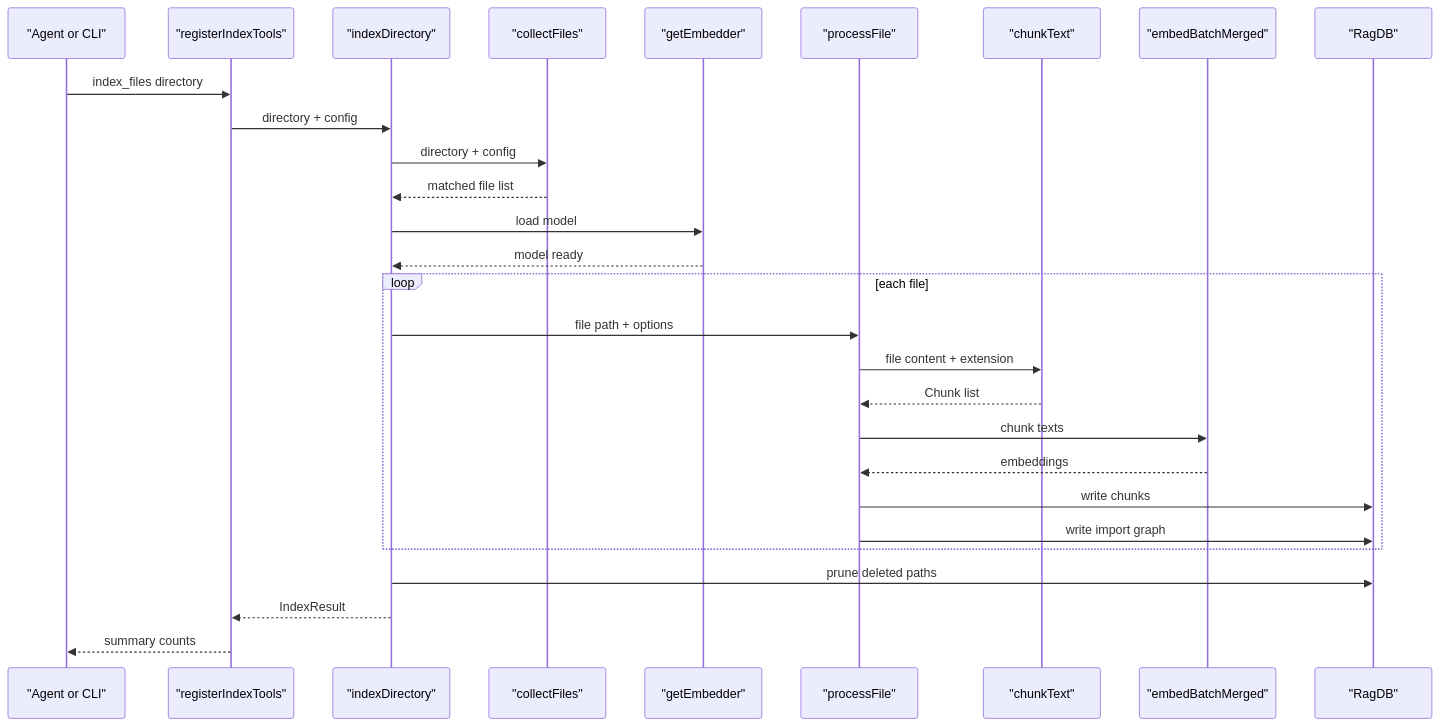
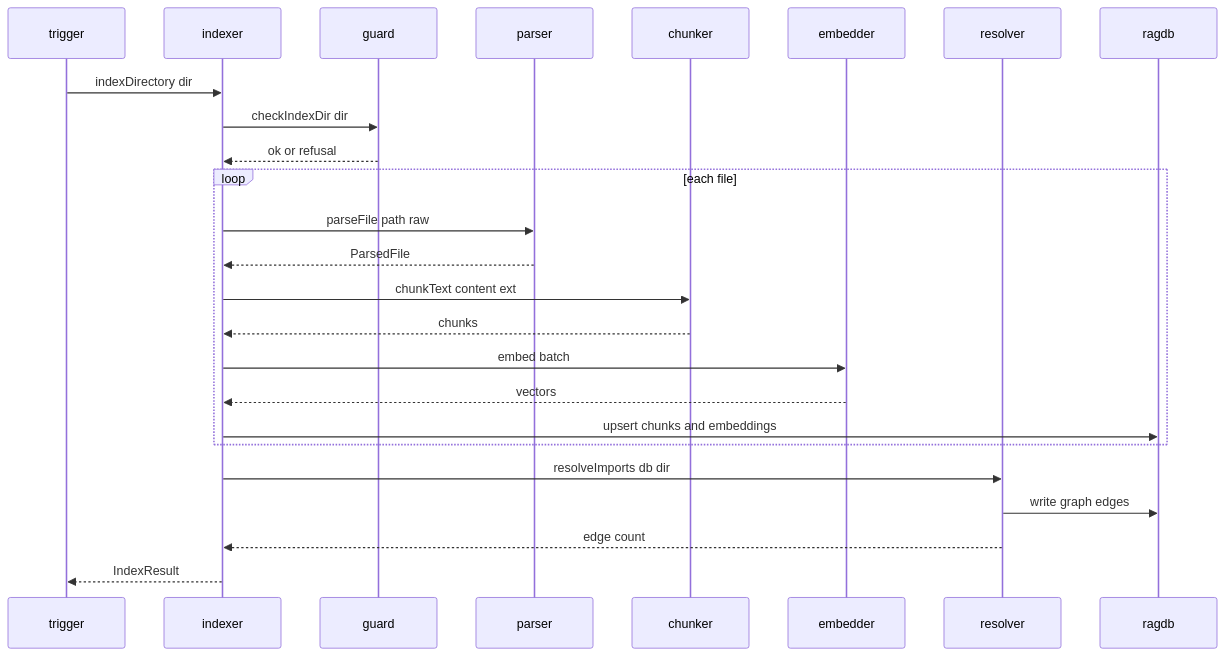
Before and after one commit to TheWinci/mimirs: the second of 3 diagrams in wiki/data-flows.md, drawn with Mermaid. The commit also changed other lines of this file and 36 other files, not shown here.

````diff
--- a/wiki/data-flows.md
+++ b/wiki/data-flows.md
@@ -56,31 +57,27 @@
 ```mermaid
 sequenceDiagram
-    participant caller as "Agent or CLI"
-    participant indexTool as "registerIndexTools"
-    participant dirFn as "indexDirectory"
-    participant collectFn as "collectFiles"
-    participant embedder as "getEmbedder"
-    participant procFn as "processFile"
-    participant chunker as "chunkText"
-    participant embedBatch as "embedBatchMerged"
-    participant ragDB as "RagDB"
-
-    caller->>indexTool: index_files directory
-    indexTool->>dirFn: directory + config
-    dirFn->>collectFn: directory + config
-    collectFn-->>dirFn: matched file list
-    dirFn->>embedder: load model
-    embedder-->>dirFn: model ready
-    loop each file
-        dirFn->>procFn: file path + options
-        procFn->>chunker: file content + extension
-        chunker-->>procFn: Chunk list
-        procFn->>embedBatch: chunk texts
-        embedBatch-->>procFn: embeddings
-        procFn->>ragDB: write chunks
-        procFn->>ragDB: write import graph
-    end
-    dirFn->>ragDB: prune deleted paths
-    dirFn-->>indexTool: IndexResult
-    indexTool-->>caller: summary counts
+  participant trigger
+  participant indexer
+  participant guard
+  participant parser
+  participant chunker
+  participant embedder
+  participant resolver
+  participant ragdb
+  trigger->>indexer: indexDirectory dir
+  indexer->>guard: checkIndexDir dir
+  guard-->>indexer: ok or refusal
+  loop each file
+    indexer->>parser: parseFile path raw
+    parser-->>indexer: ParsedFile
+    indexer->>chunker: chunkText content ext
+    chunker-->>indexer: chunks
+    indexer->>embedder: embed batch
+    embedder-->>indexer: vectors
+    indexer->>ragdb: upsert chunks and embeddings
+  end
+  indexer->>resolver: resolveImports db dir
+  resolver->>ragdb: write graph edges
+  resolver-->>indexer: edge count
+  indexer-->>trigger: IndexResult
 ```
````
